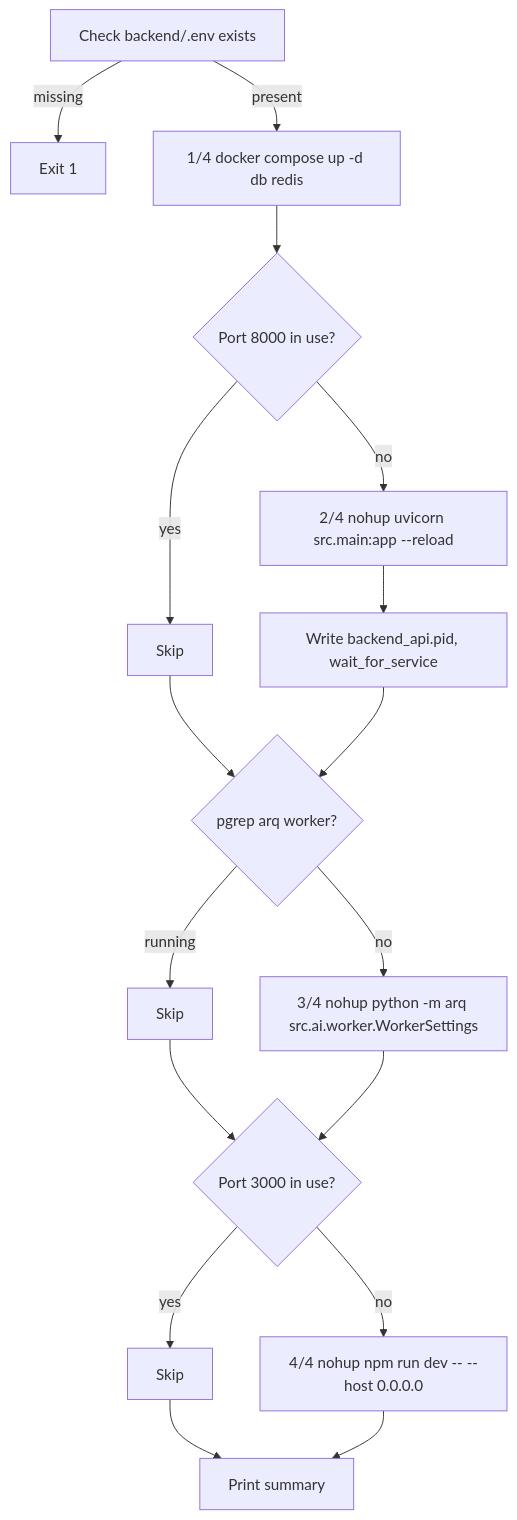
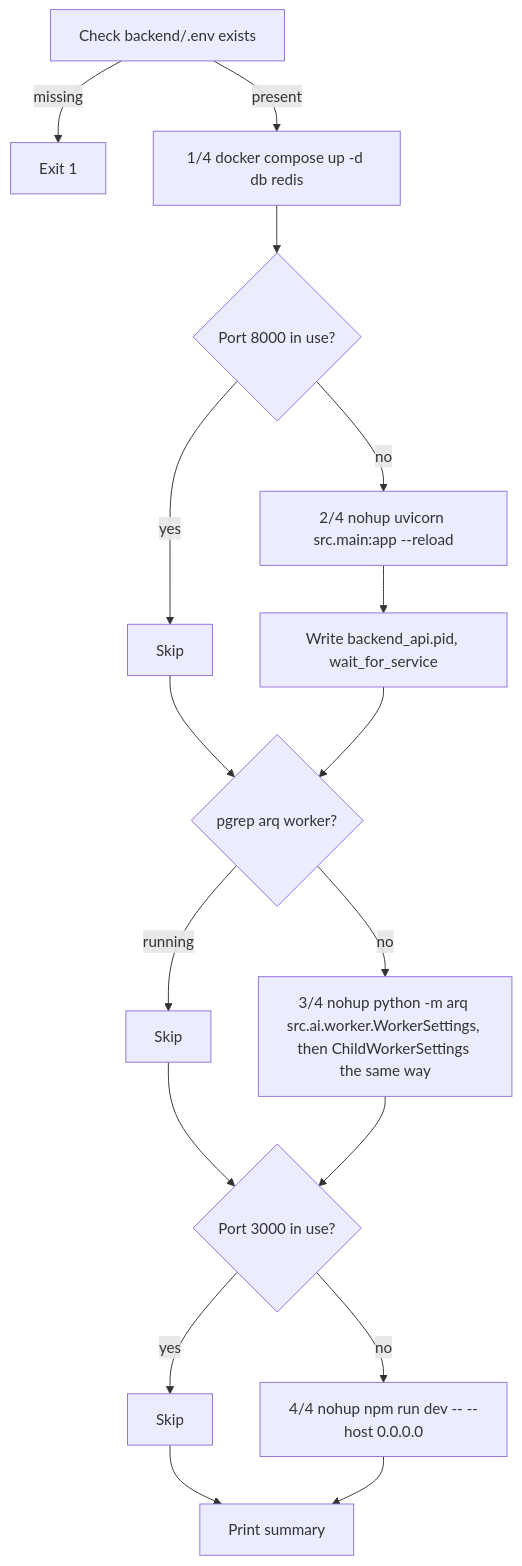
Before and after one commit to gondolerahul/hire-buddha-app: the sixth of 16 diagrams in docs/current/18-infrastructure-and-deployment.md, drawn with Mermaid. The commit also changed other lines of this file and 16 other files, not shown here.

````diff
--- a/docs/current/18-infrastructure-and-deployment.md
+++ b/docs/current/18-infrastructure-and-deployment.md
@@ -413,19 +417,19 @@
 ```mermaid
 flowchart TD
     A["Check backend/.env exists"] -->|missing| FAIL["Exit 1"]
     A -->|present| B["1/4 docker compose up -d db redis"]
     B --> C{"Port 8000 in use?"}
     C -->|yes| CS["Skip"]
     C -->|no| C1["2/4 nohup uvicorn src.main:app --reload"]
     C1 --> C2["Write backend_api.pid, wait_for_service"]
     CS --> E{"pgrep arq worker?"}
     C2 --> E
     E -->|running| ES["Skip"]
-    E -->|no| E1["3/4 nohup python -m arq src.ai.worker.WorkerSettings"]
+    E -->|no| E1["3/4 nohup python -m arq src.ai.worker.WorkerSettings, then ChildWorkerSettings the same way"]
     ES --> F{"Port 3000 in use?"}
     E1 --> F
     F -->|yes| FS["Skip"]
     F -->|no| F1["4/4 nohup npm run dev -- --host 0.0.0.0"]
     FS --> G["Print summary"]
     F1 --> G
 ```
````
